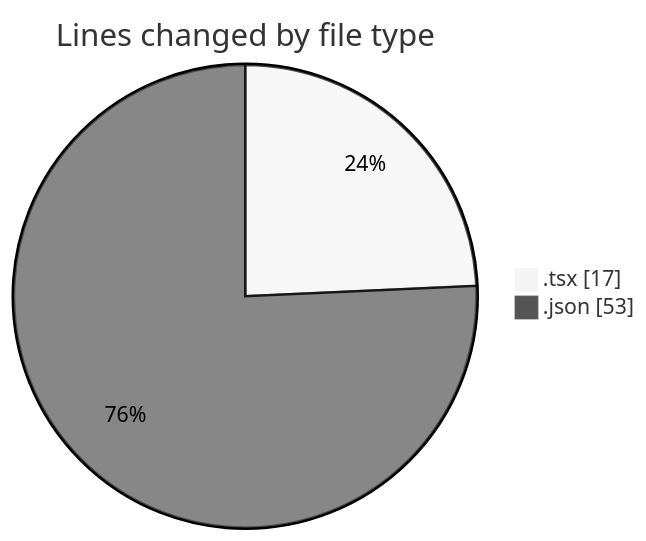
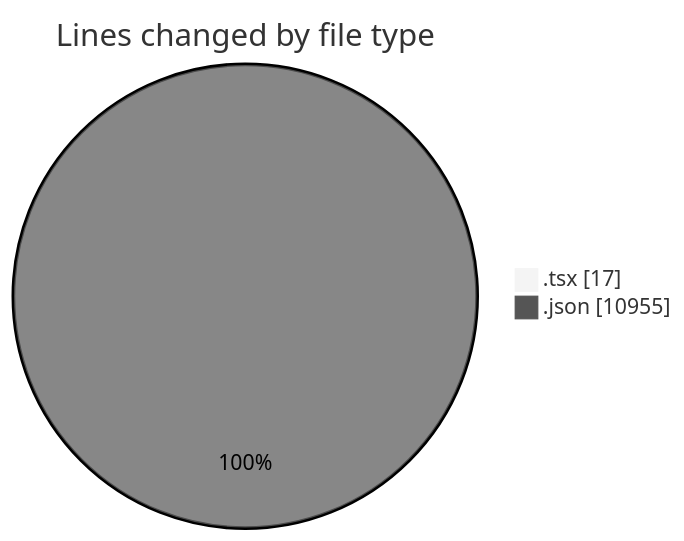
One commit to momahboobian/code-tracking changed the first of 2 diagrams in 2025-01-15/activity-tracker/README.md. Above: the diagram before and after it, drawn with Mermaid (neutral theme). The commit also changed other lines of this file and 1 other file, not shown here.

````diff
--- a/2025-01-15/activity-tracker/README.md
+++ b/2025-01-15/activity-tracker/README.md
@@ -21,6 +22,6 @@
 ```mermaid
 pie showData
 title Lines changed by file type
 ".tsx" : 17
-".json" : 53
+".json" : 10955
 ```
````
